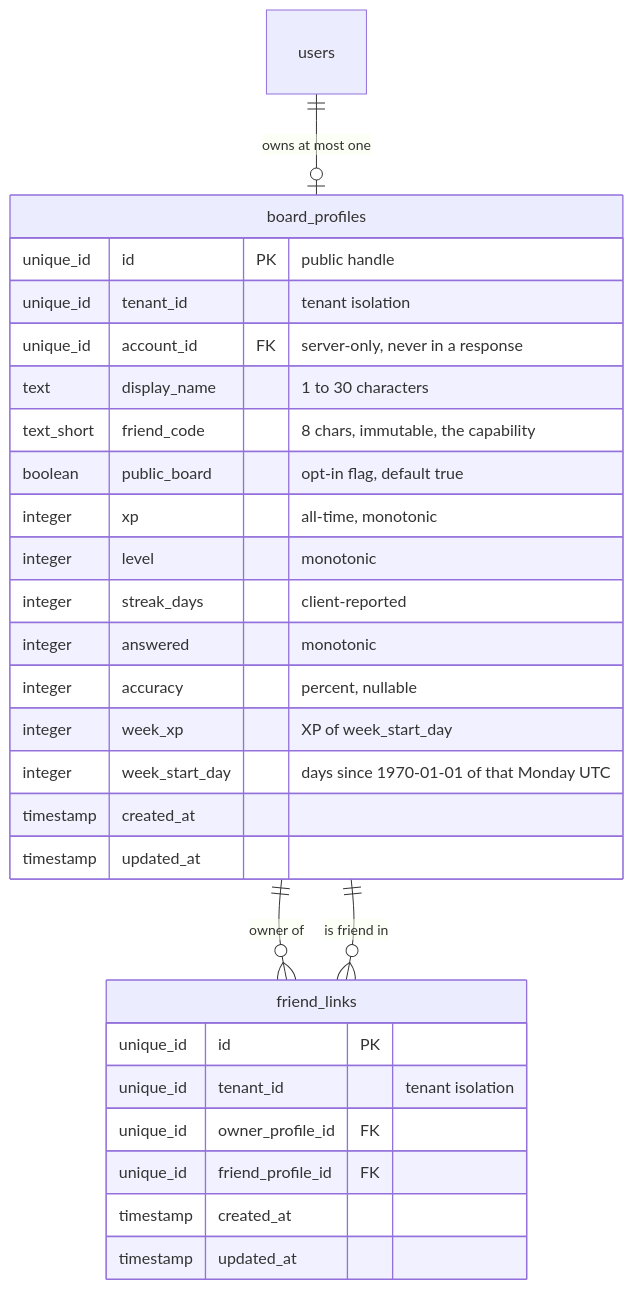
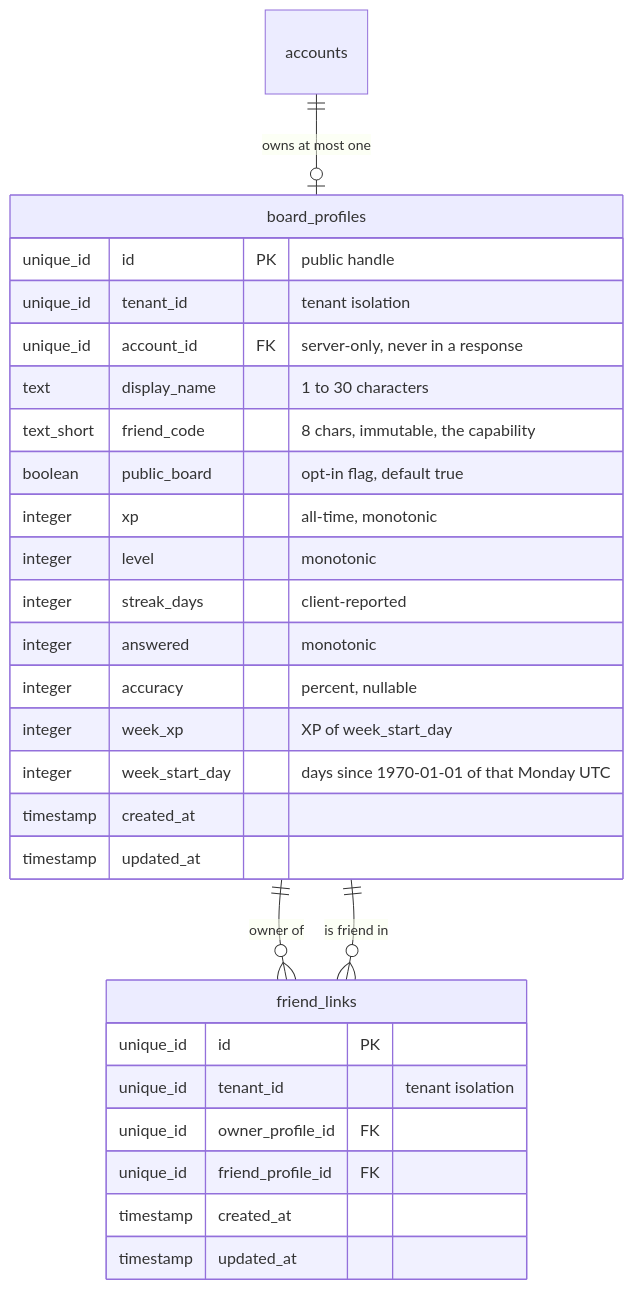
One commit to nguyenvanduocit/primitive-blocks-specs changed the first of 5 diagrams in blocks/ugc/friends-leaderboard/README.md. Above: the diagram before and after it, drawn with Mermaid. The commit also changed other lines of this file and 176 other files, not shown here.

````diff
--- a/blocks/ugc/friends-leaderboard/README.md
+++ b/blocks/ugc/friends-leaderboard/README.md
@@ -75,33 +77,33 @@
 ```mermaid
 erDiagram
-    users ||--o| board_profiles : "owns at most one"
+    accounts ||--o| board_profiles : "owns at most one"
     board_profiles ||--o{ friend_links : "owner of"
     board_profiles ||--o{ friend_links : "is friend in"
 
     board_profiles {
         unique_id id PK "public handle"
         unique_id tenant_id "tenant isolation"
         unique_id account_id FK "server-only, never in a response"
         text display_name "1 to 30 characters"
         text_short friend_code "8 chars, immutable, the capability"
         boolean public_board "opt-in flag, default true"
         integer xp "all-time, monotonic"
         integer level "monotonic"
         integer streak_days "client-reported"
         integer answered "monotonic"
         integer accuracy "percent, nullable"
         integer week_xp "XP of week_start_day"
         integer week_start_day "days since 1970-01-01 of that Monday UTC"
         timestamp created_at
         timestamp updated_at
     }
 
     friend_links {
         unique_id id PK
         unique_id tenant_id "tenant isolation"
         unique_id owner_profile_id FK
         unique_id friend_profile_id FK
         timestamp created_at
         timestamp updated_at
     }
 ```
````
